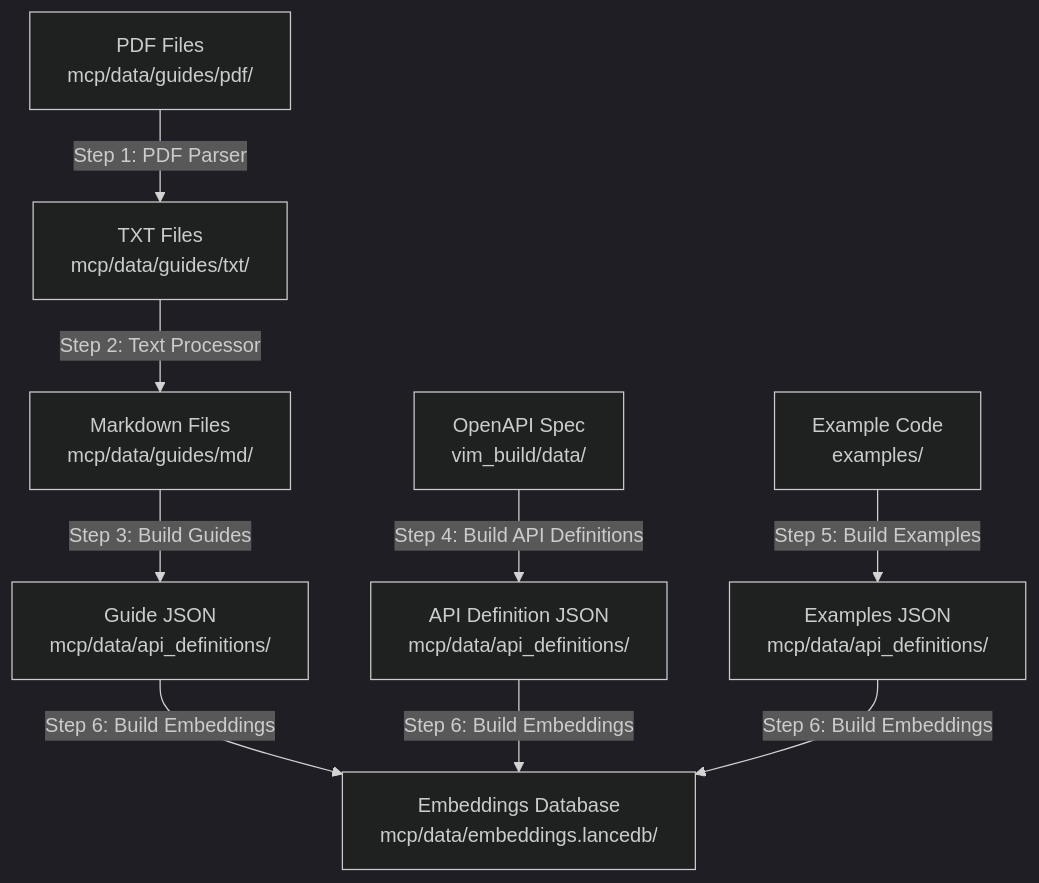
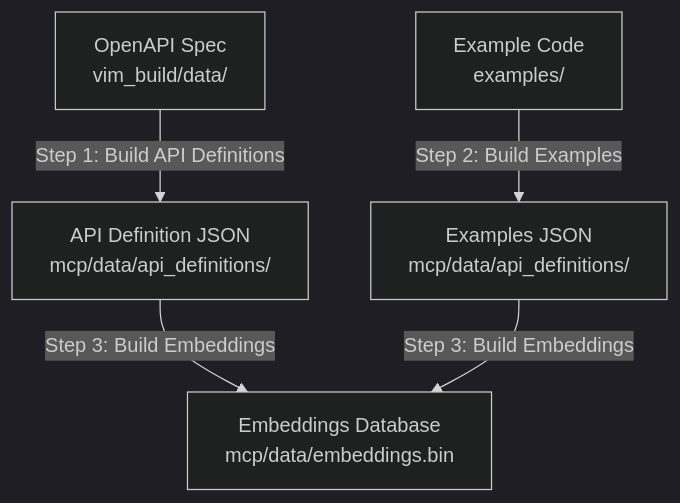
Before and after one commit to noclue/vim_rs: the first of 2 diagrams in mcp/data_processing/data_transformer/README.md, drawn with Mermaid (dark theme). The commit also changed other lines of this file and 35 other files, not shown here.

First line of the commit message:
Remove build_guides module and related components from MCP data processing

````diff
--- a/mcp/data_processing/data_transformer/README.md
+++ b/mcp/data_processing/data_transformer/README.md
@@ -17,15 +16,9 @@
 ```mermaid
 graph TD
-    A[PDF Files<br/>mcp/data/guides/pdf/] -->|Step 1: PDF Parser| B[TXT Files<br/>mcp/data/guides/txt/]
-    B -->|Step 2: Text Processor| C[Markdown Files<br/>mcp/data/guides/md/]
-    C -->|Step 3: Build Guides| D[Guide JSON<br/>mcp/data/api_definitions/]
+    E[OpenAPI Spec<br/>vim_build/data/] -->|Step 1: Build API Definitions| F[API Definition JSON<br/>mcp/data/api_definitions/]
     
-    E[OpenAPI Spec<br/>vim_build/data/] -->|Step 4: Build API Definitions| F[API Definition JSON<br/>mcp/data/api_definitions/]
+    G[Example Code<br/>examples/] -->|Step 2: Build Examples| H[Examples JSON<br/>mcp/data/api_definitions/]
     
-    G[Example Code<br/>examples/] -->|Step 5: Build Examples| H[Examples JSON<br/>mcp/data/api_definitions/]
-    
-    D -->|Step 6: Build Embeddings| I[Embeddings Database<br/>mcp/data/embeddings.lancedb/]
-    F -->|Step 6: Build Embeddings| I
-    H -->|Step 6: Build Embeddings| I
-
+    F -->|Step 3: Build Embeddings| I[Embeddings Database<br/>mcp/data/embeddings.bin]
+    H -->|Step 3: Build Embeddings| I
 ```
````
